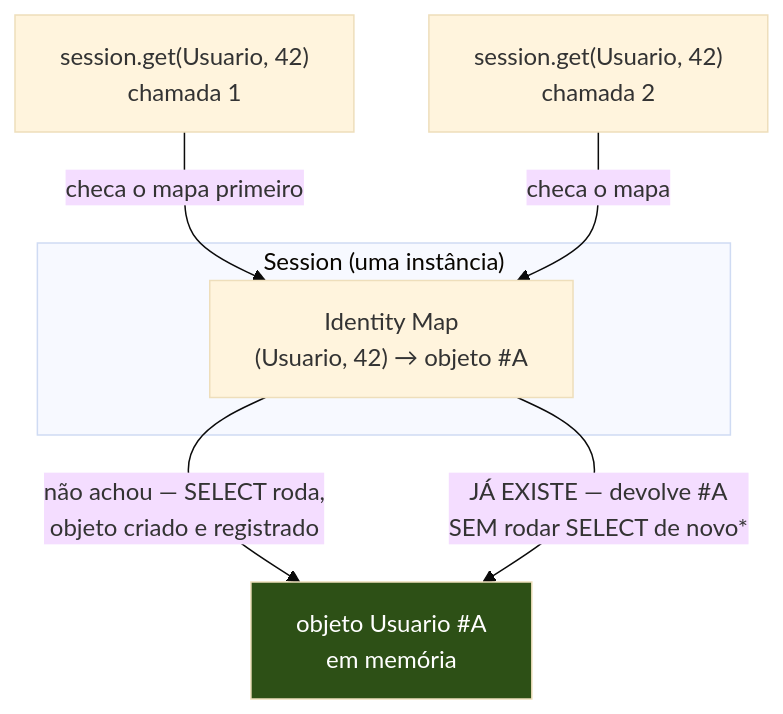
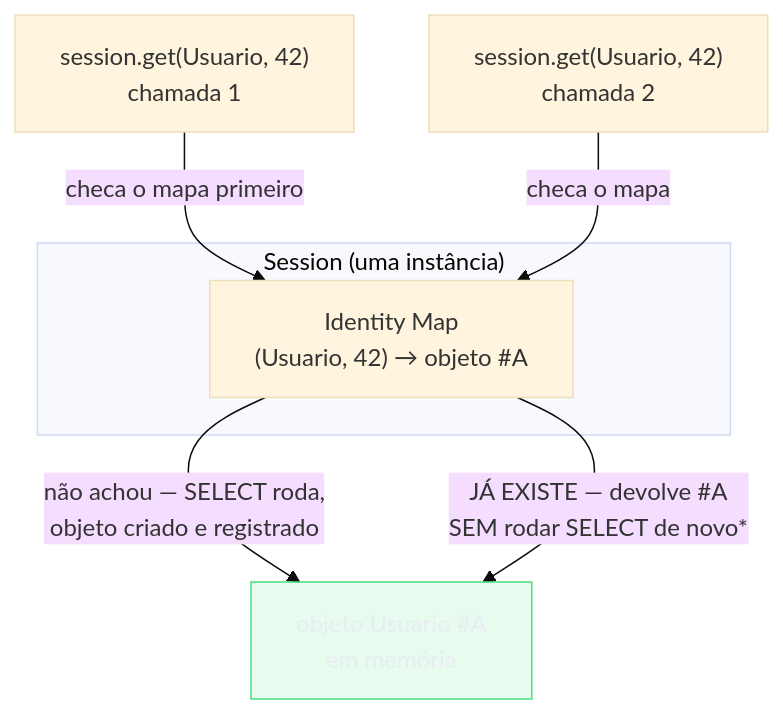
Before and after one commit to josenaldo/codex-technomanticus: the first of 3 diagrams in 03-Dominios/Tecnologia/Python/Persistência de dados/02 - SQLAlchemy ORM — Session, mapped classes e relationships.md, drawn with Mermaid (base theme). The commit also changed 1181 other files, not shown here.

First line of the commit message:
fix(diagramas): paleta do sistema no lugar de cor cravada no markdown

````diff
--- a/03-Dominios/Tecnologia/Python/Persistência de dados/02 - SQLAlchemy ORM — Session, mapped classes e relationships.md
+++ b/03-Dominios/Tecnologia/Python/Persistência de dados/02 - SQLAlchemy ORM — Session, mapped classes e relationships.md
@@ -148,14 +148,15 @@
 ```mermaid
 flowchart TB
+    classDef ok fill:#4ADE8021,stroke:#4ADE80,color:#E9ECF2
     subgraph Session["Session (uma instância)"]
         IM["Identity Map<br/>(Usuario, 42) → objeto #A"]
     end
 
     Q1["session.get(Usuario, 42)<br/>chamada 1"] -->|"checa o mapa primeiro"| IM
     IM -->|"não achou — SELECT roda,<br/>objeto criado e registrado"| OBJ["objeto Usuario #A<br/>em memória"]
 
     Q2["session.get(Usuario, 42)<br/>chamada 2"] -->|"checa o mapa"| IM
     IM -->|"JÁ EXISTE — devolve #A<br/>SEM rodar SELECT de novo*"| OBJ
 
-    style OBJ fill:#2d5016,color:#fff
+    class OBJ ok
 ```
````
